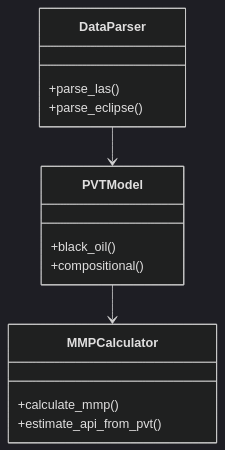
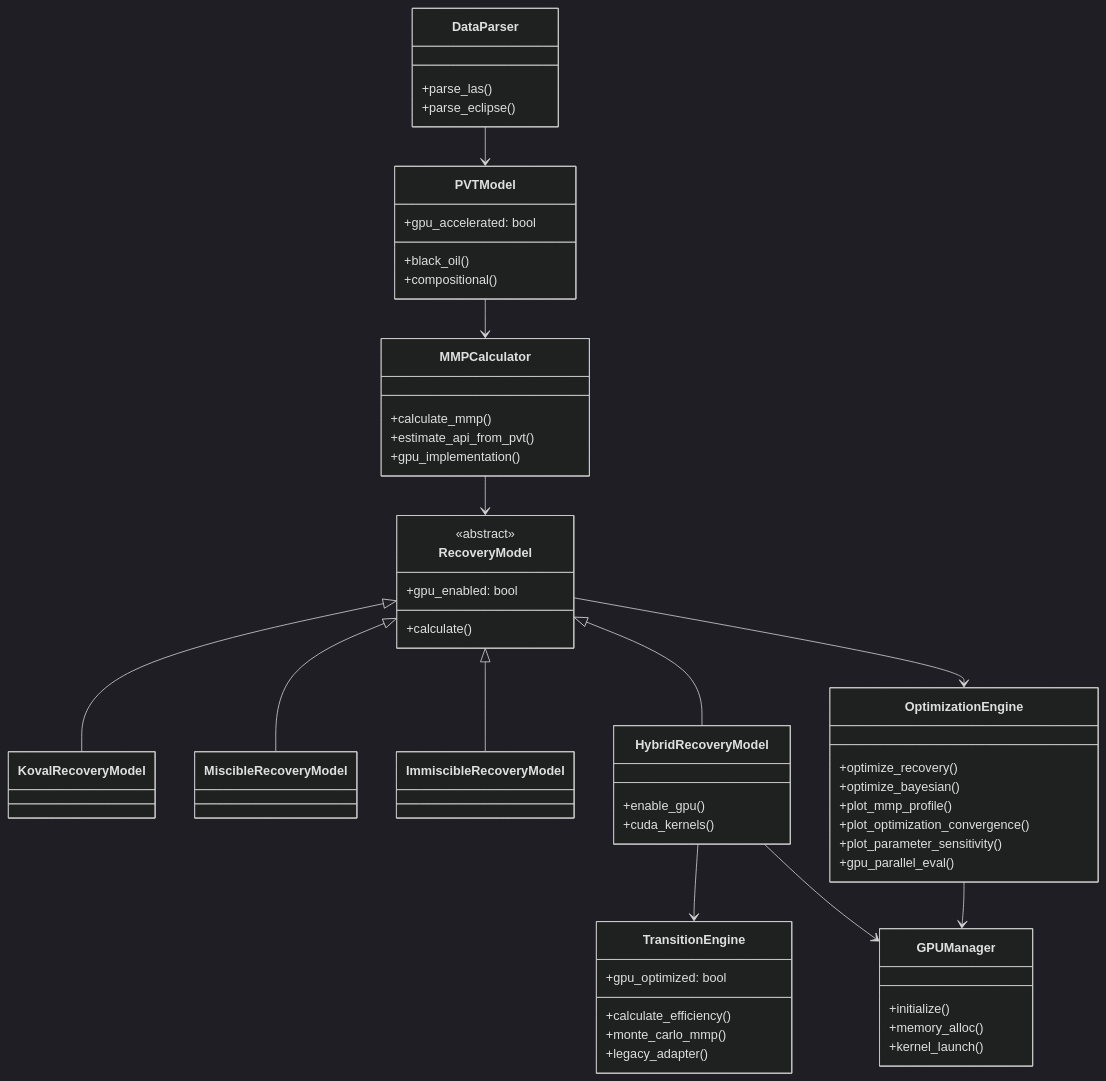
Before and after one commit to fgfalll/WAG_optimisation: the second of 3 diagrams in architecture.md, drawn with Mermaid (dark theme). The commit also changed other lines of this file and 8 other files, not shown here.

````diff
--- a/architecture.md
+++ b/architecture.md
@@ -79,17 +124,59 @@
 ```mermaid
 classDiagram
     class DataParser{
         +parse_las()
         +parse_eclipse()
     }
     class PVTModel{
         +black_oil()
         +compositional()
+        +gpu_accelerated: bool
     }
     class MMPCalculator {
         +calculate_mmp()
         +estimate_api_from_pvt()
+        +gpu_implementation()
+    }
+    class RecoveryModel {
+        <<abstract>>
+        +calculate()
+        +gpu_enabled: bool
+    }
+    class KovalRecoveryModel
+    class MiscibleRecoveryModel
+    class ImmiscibleRecoveryModel
+    class HybridRecoveryModel {
+        +enable_gpu()
+        +cuda_kernels()
+    }
+    class TransitionEngine {
+        +calculate_efficiency()
+        +monte_carlo_mmp()
+        +legacy_adapter()
+        +gpu_optimized: bool
+    }
+    class OptimizationEngine {
+        +optimize_recovery()
+        +optimize_bayesian()
+        +plot_mmp_profile()
+        +plot_optimization_convergence()
+        +plot_parameter_sensitivity()
+        +gpu_parallel_eval()
+    }
+    class GPUManager {
+        +initialize()
+        +memory_alloc()
+        +kernel_launch()
     }
     DataParser --> PVTModel
     PVTModel --> MMPCalculator
+    MMPCalculator --> RecoveryModel
+    RecoveryModel <|-- KovalRecoveryModel
+    RecoveryModel <|-- MiscibleRecoveryModel
+    RecoveryModel <|-- ImmiscibleRecoveryModel
+    RecoveryModel <|-- HybridRecoveryModel
+    HybridRecoveryModel --> TransitionEngine
+    RecoveryModel --> OptimizationEngine
+    OptimizationEngine --> GPUManager
+    HybridRecoveryModel --> GPUManager
 ```
````
